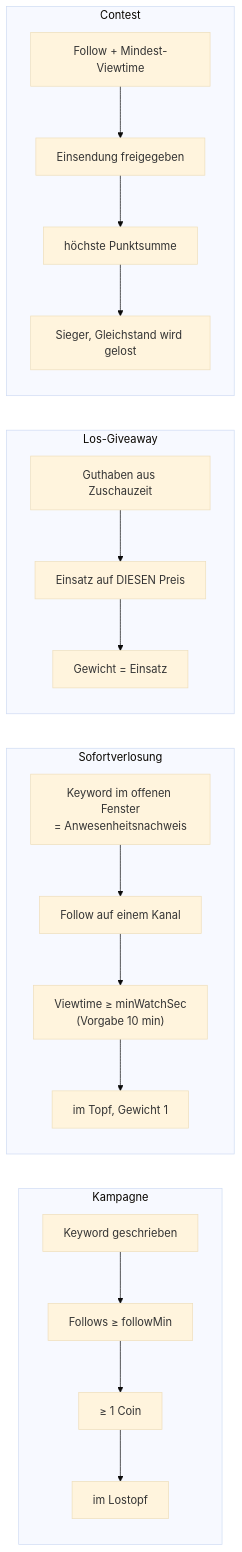
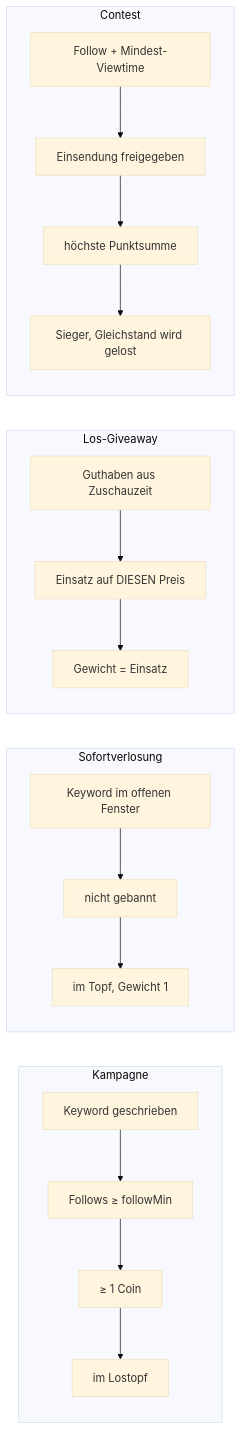
The tenth of 12 diagrams in docs/SOFTWARE-ARCHITEKTUR.md (cccdemon/CC-Giveaway), drawn with Mermaid (base theme) before and after one commit. The commit also changed other lines of this file and 21 other files, not shown here.

````diff
--- a/docs/SOFTWARE-ARCHITEKTUR.md
+++ b/docs/SOFTWARE-ARCHITEKTUR.md
@@ -343,15 +343,15 @@
 ```mermaid
 flowchart LR
     subgraph K["Kampagne"]
         K1["Keyword geschrieben"] --> K2["Follows ≥ followMin"] --> K3["≥ 1 Coin"] --> KE["im Lostopf"]
     end
     subgraph C["Sofortverlosung"]
-        C1["Keyword im offenen Fenster<br/>= Anwesenheitsnachweis"] --> C2["Follow auf einem Kanal"] --> C3["Viewtime ≥ minWatchSec<br/>(Vorgabe 10 min)"] --> CE["im Topf, Gewicht 1"]
+        C1["Keyword im offenen Fenster"] --> C2["nicht gebannt"] --> CE["im Topf, Gewicht 1"]
     end
     subgraph T["Los-Giveaway"]
         T1["Guthaben aus Zuschauzeit"] --> T2["Einsatz auf DIESEN Preis"] --> TE["Gewicht = Einsatz"]
     end
     subgraph S["Contest"]
         S1["Follow + Mindest-Viewtime"] --> S2["Einsendung freigegeben"] --> S3["höchste Punktsumme"] --> SE["Sieger, Gleichstand wird gelost"]
     end
 ```
````
